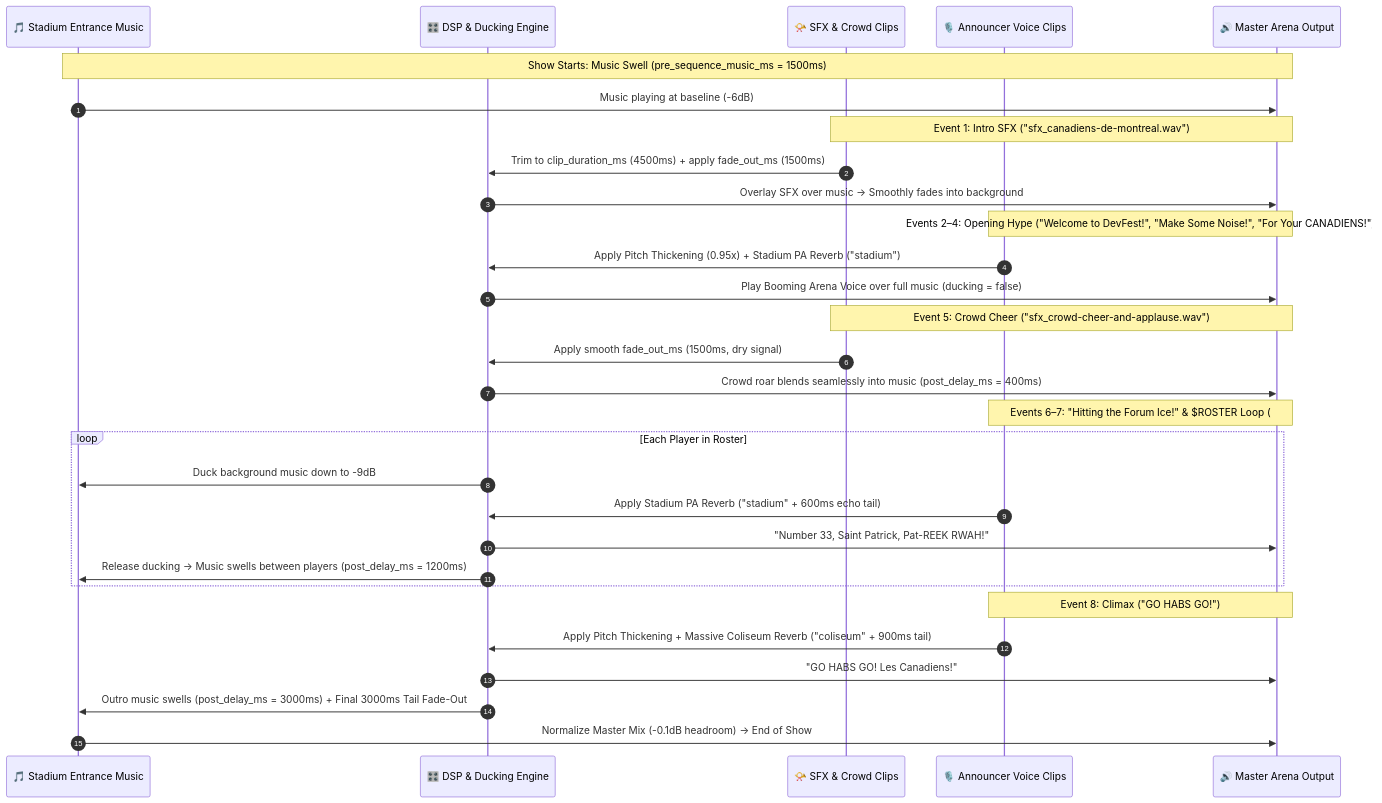
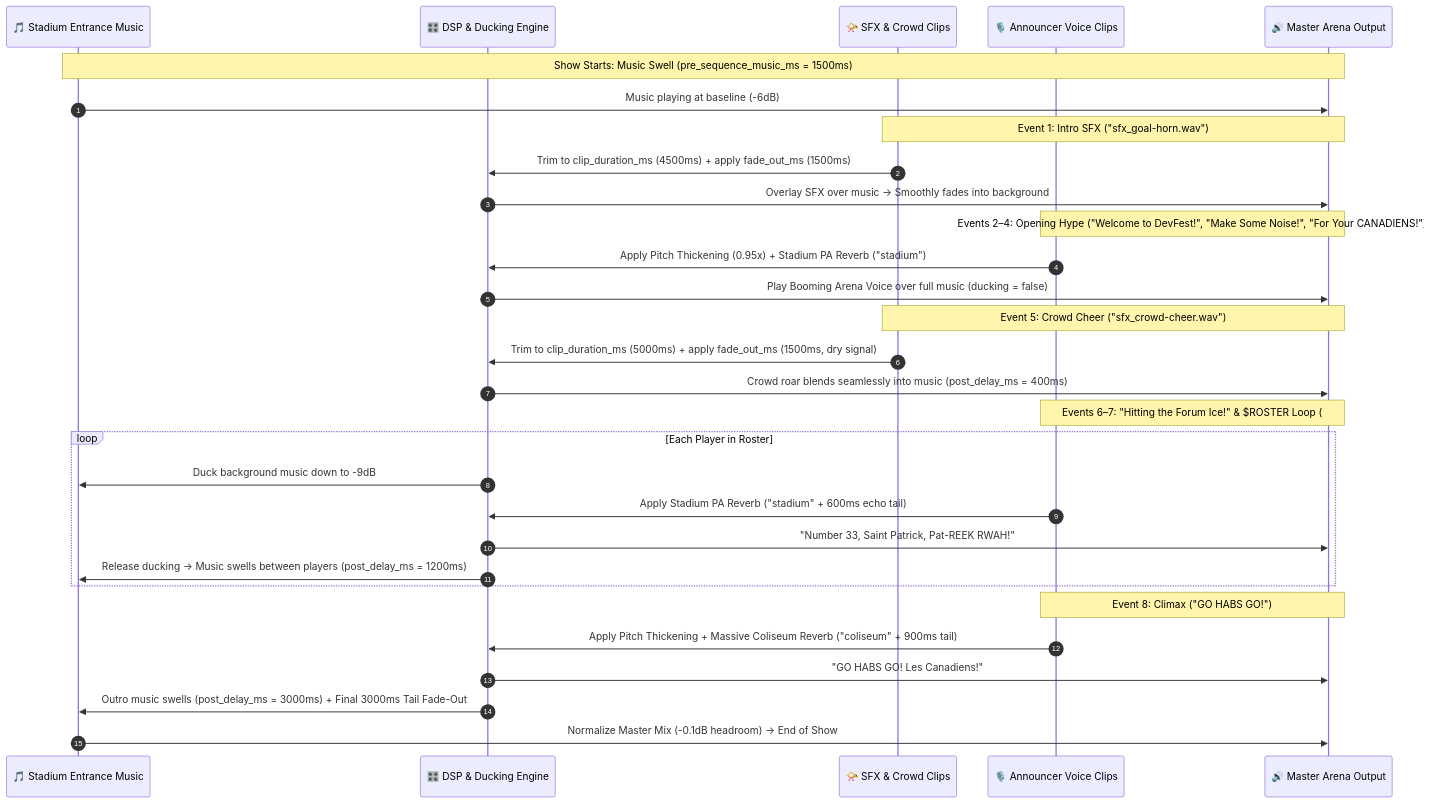
One commit to aitalian/team-hype-ai changed the second of 2 diagrams in README.md. Above: the diagram before and after it, drawn with Mermaid. The commit also changed other lines of this file and 8 other files, not shown here.

````diff
--- a/README.md
+++ b/README.md
@@ -105,38 +105,38 @@
 ```mermaid
 sequenceDiagram
     autonumber
     participant Music as 🎵 Stadium Entrance Music
     participant DSP as 🎛️ DSP & Ducking Engine
     participant SFX as 📯 SFX & Crowd Clips
     participant Voice as 🎙️ Announcer Voice Clips
     participant Master as 🔊 Master Arena Output
 
     Note over Music,Master: Show Starts: Music Swell (pre_sequence_music_ms = 1500ms)
     Music->>Master: Music playing at baseline (-6dB)
 
-    Note over SFX,Master: Event 1: Intro SFX ("sfx_canadiens-de-montreal.wav")
+    Note over SFX,Master: Event 1: Intro SFX ("sfx_goal-horn.wav")
     SFX->>DSP: Trim to clip_duration_ms (4500ms) + apply fade_out_ms (1500ms)
     DSP->>Master: Overlay SFX over music -> Smoothly fades into background
 
     Note over Voice,Master: Events 2–4: Opening Hype ("Welcome to DevFest!", "Make Some Noise!", "For Your CANADIENS!")
     Voice->>DSP: Apply Pitch Thickening (0.95x) + Stadium PA Reverb ("stadium")
     DSP->>Master: Play Booming Arena Voice over full music (ducking = false)
 
-    Note over SFX,Master: Event 5: Crowd Cheer ("sfx_crowd-cheer-and-applause.wav")
-    SFX->>DSP: Apply smooth fade_out_ms (1500ms, dry signal)
+    Note over SFX,Master: Event 5: Crowd Cheer ("sfx_crowd-cheer.wav")
+    SFX->>DSP: Trim to clip_duration_ms (5000ms) + apply fade_out_ms (1500ms, dry signal)
     DSP->>Master: Crowd roar blends seamlessly into music (post_delay_ms = 400ms)
 
     Note over Voice,Master: Events 6–7: "Hitting the Forum Ice!" & $ROSTER Loop (#33 Roy, #24 Chelios...)
     loop Each Player in Roster
         DSP->>Music: Duck background music down to -9dB
         Voice->>DSP: Apply Stadium PA Reverb ("stadium" + 600ms echo tail)
         DSP->>Master: "Number 33, Saint Patrick, Pat-REEK RWAH!"
         DSP->>Music: Release ducking -> Music swells between players (post_delay_ms = 1200ms)
     end
 
     Note over Voice,Master: Event 8: Climax ("GO HABS GO!")
     Voice->>DSP: Apply Pitch Thickening + Massive Coliseum Reverb ("coliseum" + 900ms tail)
     DSP->>Master: "GO HABS GO! Les Canadiens!"
     DSP->>Music: Outro music swells (post_delay_ms = 3000ms) + Final 3000ms Tail Fade-Out
     Music->>Master: Normalize Master Mix (-0.1dB headroom) -> End of Show
 ```
````
